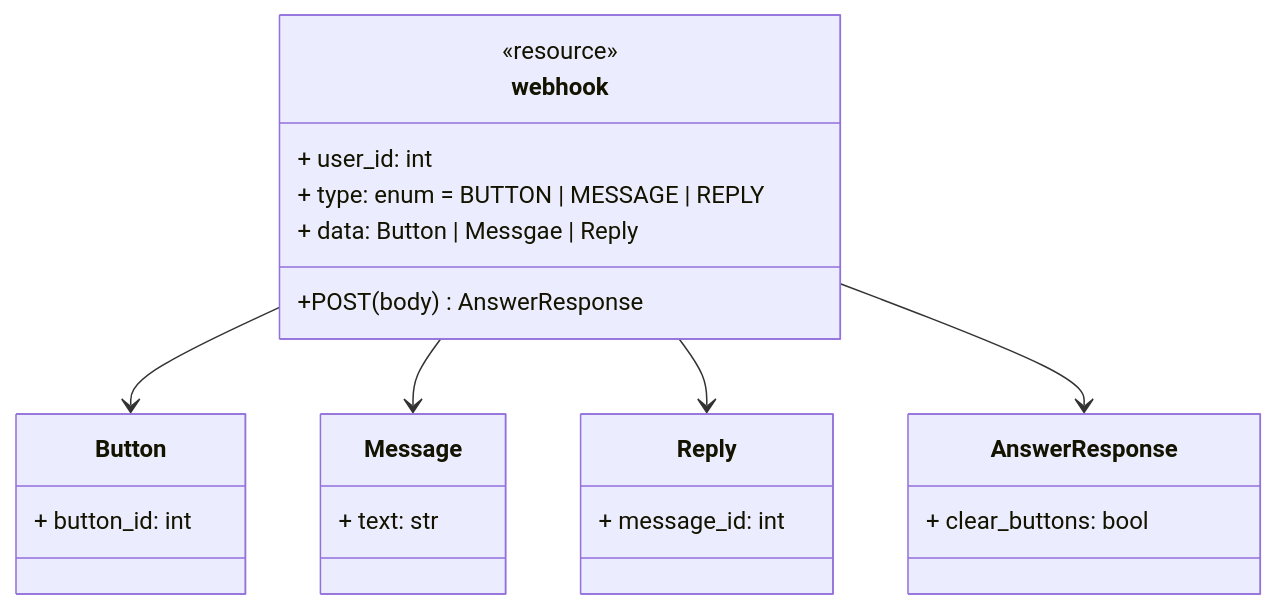
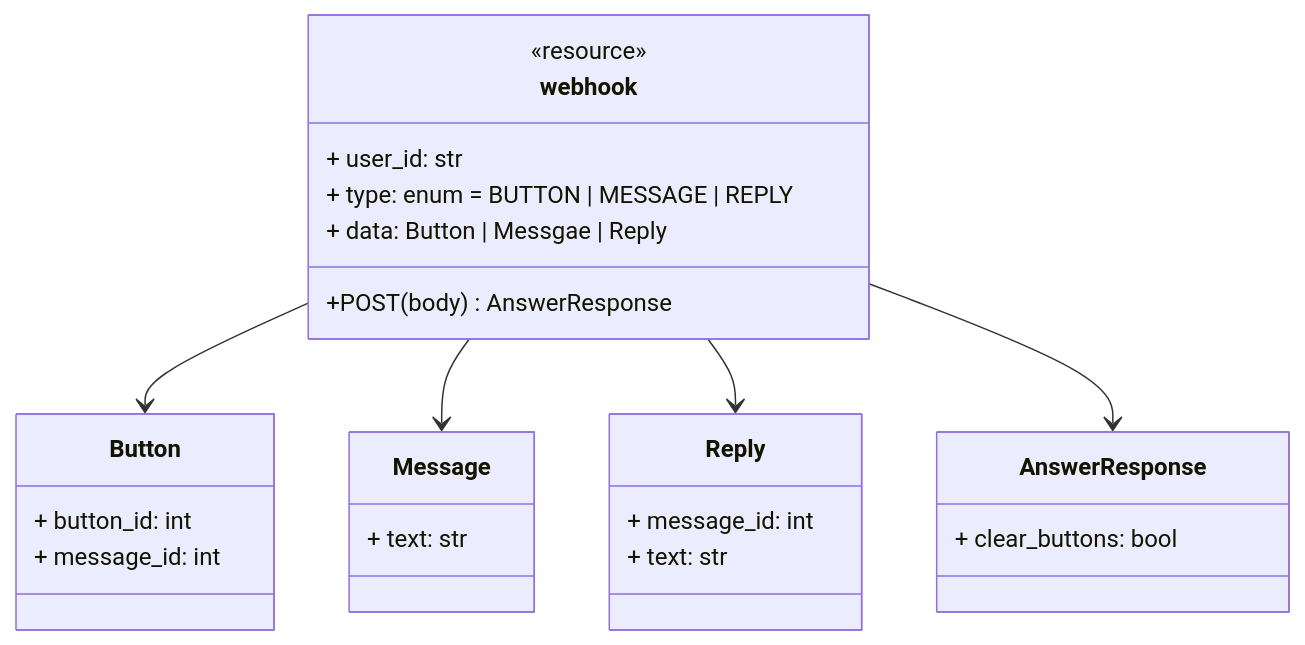
Before and after one commit to PluxCo/tp-web: the fourth of 5 diagrams in st.md, drawn with Mermaid. The commit also changed other lines of this file and 7 other files, not shown here.

````diff
--- a/st.md
+++ b/st.md
@@ -138,27 +139,29 @@
 ```mermaid
 classDiagram
     class webhook {
-        + user_id: int
+        + user_id: str
         + type: enum = BUTTON | MESSAGE | REPLY
         + data: Button | Messgae | Reply
         +POST(body) AnswerResponse
     }
     class Message {
         + text: str
     }
     class Button {
         + button_id: int
+        + message_id: int
     }
     class Reply {
         + message_id: int
+        + text: str
     }
     class AnswerResponse {
         + clear_buttons: bool
     }
 
     webhook --> Button
     webhook --> Message
     webhook --> Reply
     webhook --> AnswerResponse
     <<resource>> webhook
 ```
````
